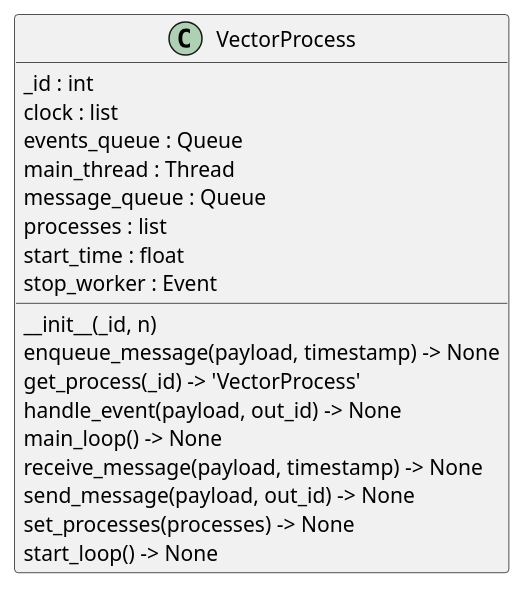
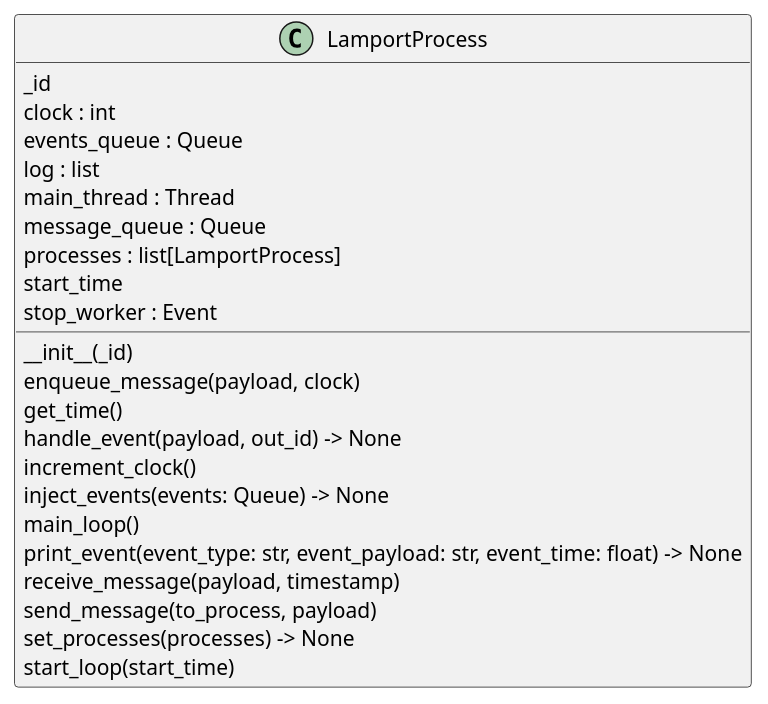
The diagram in UML_Diagrams/classes.puml (Andreas691667/P4Synchronization), drawn with PlantUML before and after one commit. The commit also changed 5 other files, not shown here.

Commit message:
updated diagrams and altered comments

```diff
--- a/UML_Diagrams/classes.puml
+++ b/UML_Diagrams/classes.puml
@@ -1,22 +1,26 @@
 @startuml classes
 set namespaceSeparator none
-class "VectorProcess" as Vector_clocks.VectorProcess.VectorProcess {
-  _id : int
-  clock : list
+class "LamportProcess" as Lamport_timestamps.LamportProcess.LamportProcess {
+  _id
+  clock : int
   events_queue : Queue
+  log : list
   main_thread : Thread
   message_queue : Queue
-  processes : list
-  start_time : float
+  processes : list[LamportProcess]
+  start_time
   stop_worker : Event
-  __init__(_id, n)
-  enqueue_message(payload, timestamp) -> None
-  get_process(_id) -> 'VectorProcess'
+  __init__(_id)
+  enqueue_message(payload, clock)
+  get_time()
   handle_event(payload, out_id) -> None
-  main_loop() -> None
-  receive_message(payload, timestamp) -> None
-  send_message(payload, out_id) -> None
+  increment_clock()
+  inject_events(events: Queue) -> None
+  main_loop()
+  print_event(event_type: str, event_payload: str, event_time: float) -> None
+  receive_message(payload, timestamp)
+  send_message(to_process, payload)
   set_processes(processes) -> None
-  start_loop() -> None
+  start_loop(start_time)
 }
 @enduml
```
